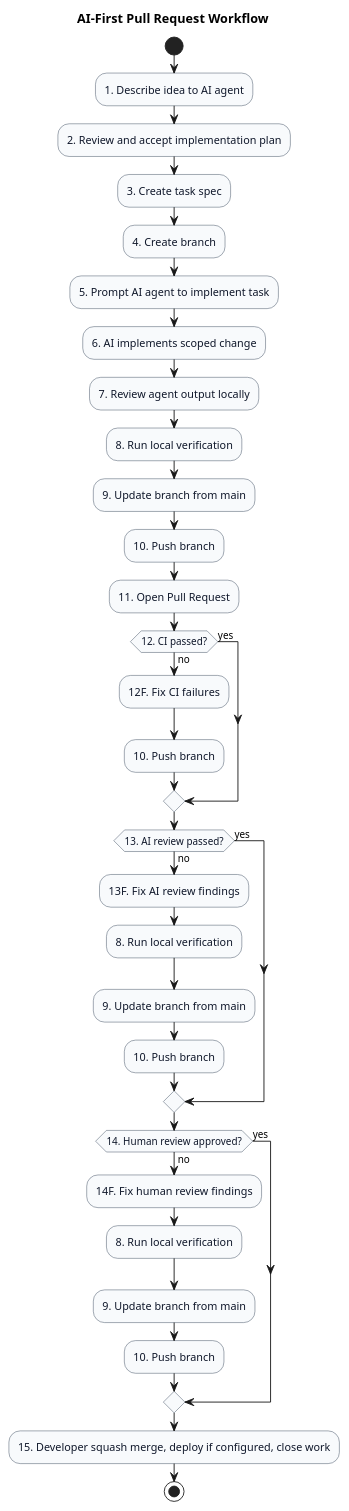
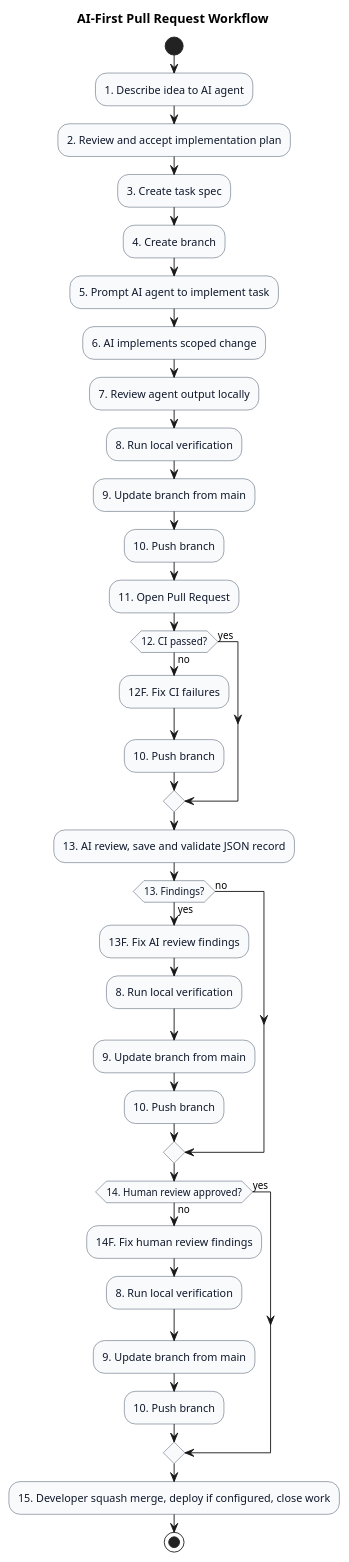
The diagram in docs/diagrams/ai-first-pr-workflow.puml (lupaus-eu/shadow), drawn with PlantUML before and after one commit. The commit also changed 16 other files, not shown here.

```diff
--- a/docs/diagrams/ai-first-pr-workflow.puml
+++ b/docs/diagrams/ai-first-pr-workflow.puml
@@ -1,56 +1,57 @@
 @startuml
 title AI-First Pull Request Workflow
 
 skinparam shadowing false
 skinparam activity {
   BackgroundColor #F8FAFC
   BorderColor #334155
   FontColor #0F172A
 }
 skinparam diamond {
   BackgroundColor #FEF3C7
   BorderColor #92400E
   FontColor #0F172A
 }
 
 start
 
 :1. Describe idea to AI agent;
 :2. Review and accept implementation plan;
 :3. Create task spec;
 :4. Create branch;
 :5. Prompt AI agent to implement task;
 :6. AI implements scoped change;
 :7. Review agent output locally;
 :8. Run local verification;
 :9. Update branch from main;
 :10. Push branch;
 :11. Open Pull Request;
 
 if (12. CI passed?) then (yes)
 else (no)
   :12F. Fix CI failures;
   :10. Push branch;
 endif
 
-if (13. AI review passed?) then (yes)
-else (no)
+:13. AI review, save and validate JSON record;
+if (13. Findings?) then (no)
+else (yes)
   :13F. Fix AI review findings;
   :8. Run local verification;
   :9. Update branch from main;
   :10. Push branch;
 endif
 
 if (14. Human review approved?) then (yes)
 else (no)
   :14F. Fix human review findings;
   :8. Run local verification;
   :9. Update branch from main;
   :10. Push branch;
 endif
 
 :15. Developer squash merge, deploy if configured, close work;
 
 stop
 
 @enduml
```
